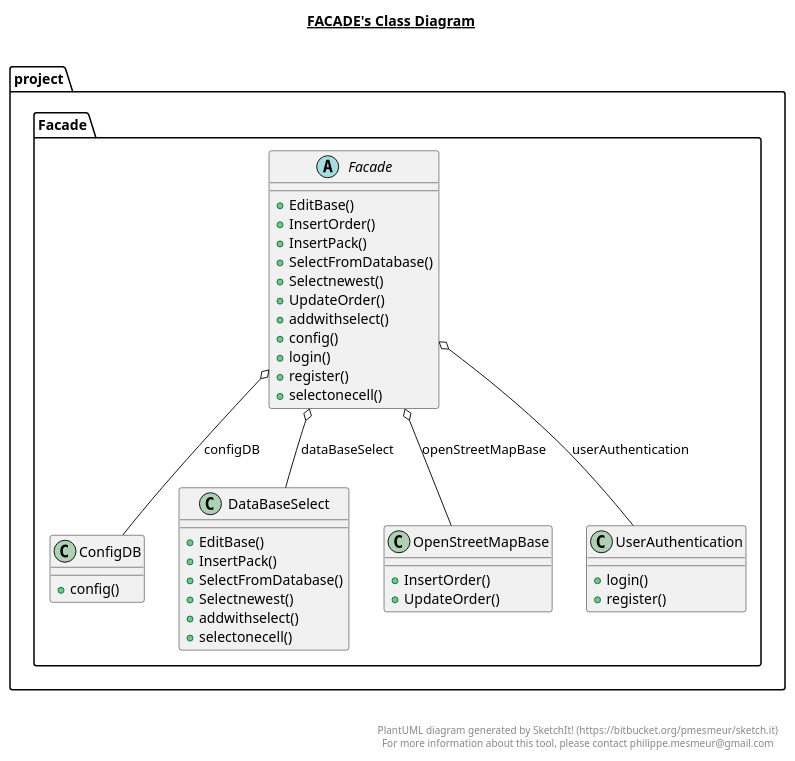
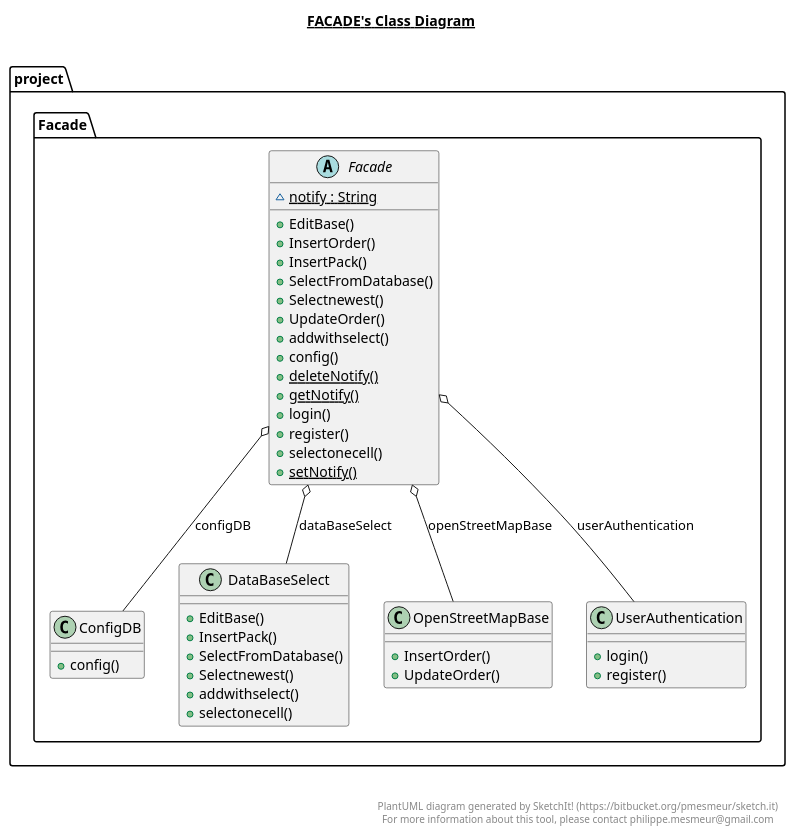
The diagram in src/project/Facade/Facade.plantuml (kplusa/Firma-Transportowa), drawn with PlantUML before and after one commit. The commit also changed 24 other files, not shown here.

```diff
--- a/src/project/Facade/Facade.plantuml
+++ b/src/project/Facade/Facade.plantuml
@@ -1,80 +1,84 @@
 @startuml
 
 title __FACADE's Class Diagram__\n
 
   namespace project {
     namespace Facade {
       class project.Facade.ConfigDB {
           + config()
       }
     }
   }
   
 
   namespace project {
     namespace Facade {
       class project.Facade.DataBaseSelect {
           + EditBase()
           + InsertPack()
           + SelectFromDatabase()
           + Selectnewest()
           + addwithselect()
           + selectonecell()
       }
     }
   }
   
 
   namespace project {
     namespace Facade {
       abstract class project.Facade.Facade {
+          {static} ~ notify : String
           + EditBase()
           + InsertOrder()
           + InsertPack()
           + SelectFromDatabase()
           + Selectnewest()
           + UpdateOrder()
           + addwithselect()
           + config()
+          {static} + deleteNotify()
+          {static} + getNotify()
           + login()
           + register()
           + selectonecell()
+          {static} + setNotify()
       }
     }
   }
   
 
   namespace project {
     namespace Facade {
       class project.Facade.OpenStreetMapBase {
           + InsertOrder()
           + UpdateOrder()
       }
     }
   }
   
 
   namespace project {
     namespace Facade {
       class project.Facade.UserAuthentication {
           + login()
           + register()
       }
     }
   }
   
 
   project.Facade.Facade o-- project.Facade.ConfigDB : configDB
   project.Facade.Facade o-- project.Facade.DataBaseSelect : dataBaseSelect
   project.Facade.Facade o-- project.Facade.OpenStreetMapBase : openStreetMapBase
   project.Facade.Facade o-- project.Facade.UserAuthentication : userAuthentication
 
 
 right footer
 
 
 PlantUML diagram generated by SketchIt! (https://bitbucket.org/pmesmeur/sketch.it)
 For more information about this tool, please contact philippe.mesmeur@gmail.com
 endfooter
 
 @enduml
```
